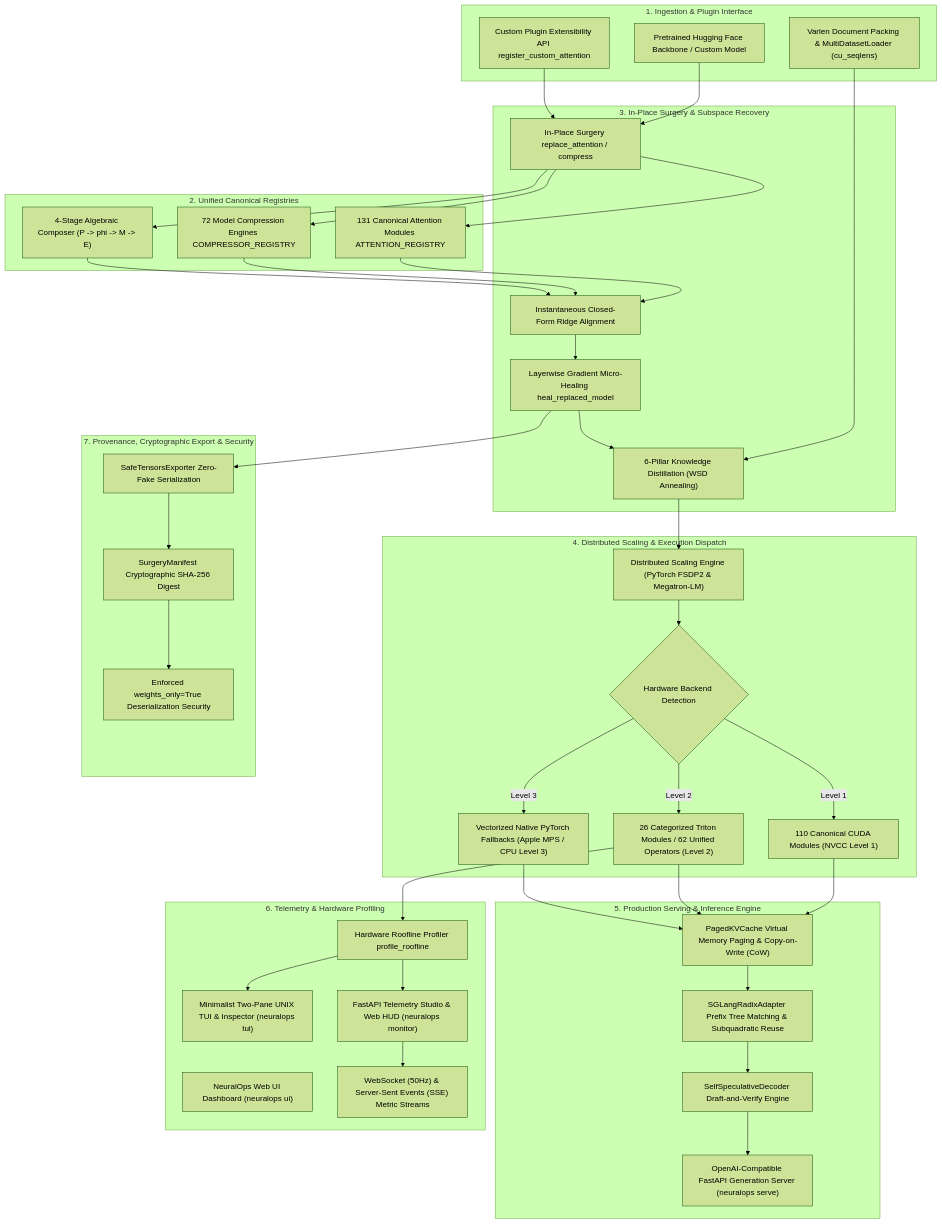
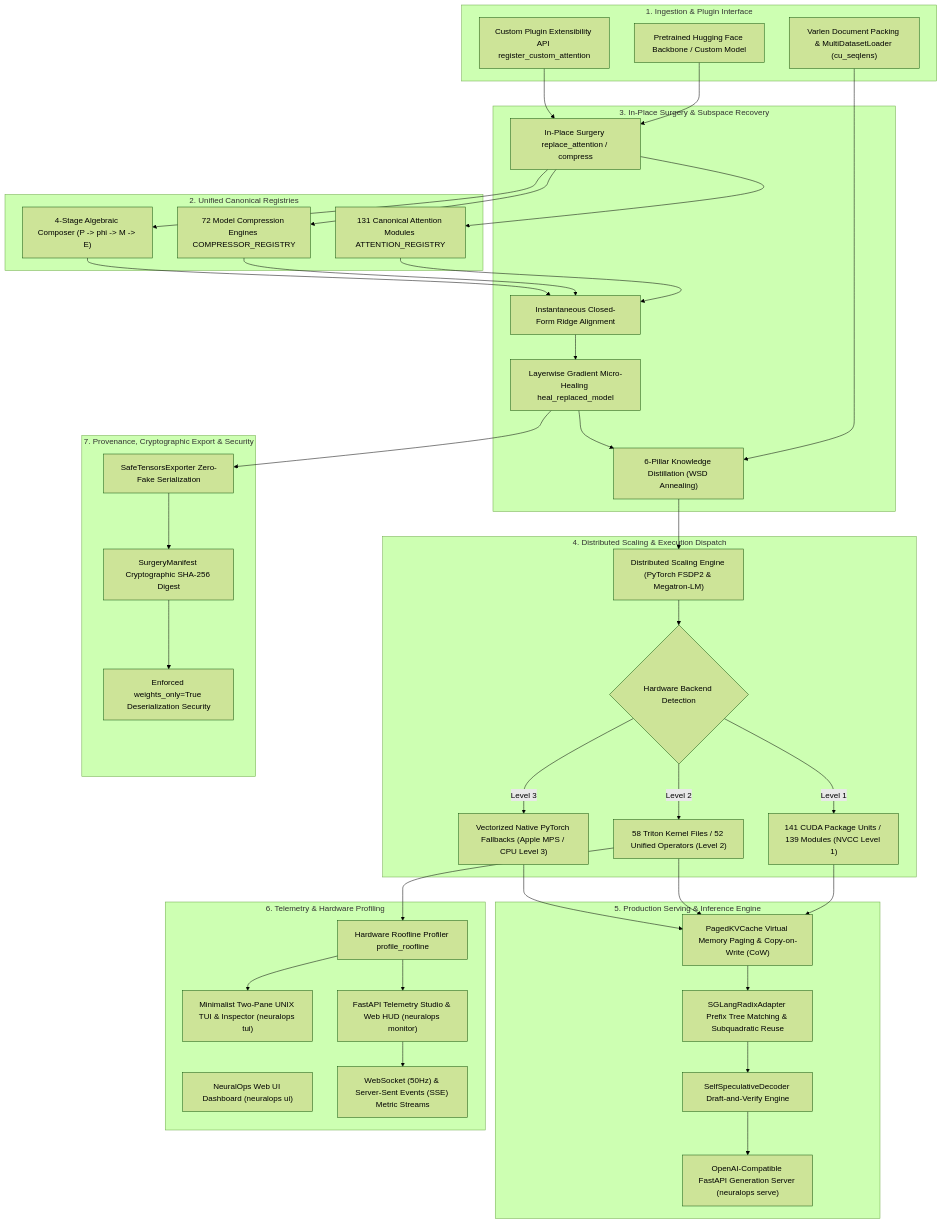
Before and after one commit to tahamajs/NeuralOps: the fourth of 5 diagrams in README.md, drawn with Mermaid (forest theme). The commit also changed other lines of this file, not shown here.

````diff
--- a/README.md
+++ b/README.md
@@ -1435,80 +1435,80 @@
 ```mermaid
 flowchart TD
     subgraph Layer1 ["1. Ingestion & Plugin Interface"]
         HF["Pretrained Hugging Face Backbone / Custom Model"]
         Ext["Custom Plugin Extensibility API register_custom_attention"]
         DataPack["Varlen Document Packing & MultiDatasetLoader (cu_seqlens)"]
     end
 
     subgraph Layer2 ["2. Unified Canonical Registries"]
         AttnZoo["131 Canonical Attention Modules ATTENTION_REGISTRY"]
         CompEngines["72 Model Compression Engines COMPRESSOR_REGISTRY"]
         Composer["4-Stage Algebraic Composer (P -> phi -> M -> E)"]
     end
 
     subgraph Layer3 ["3. In-Place Surgery & Subspace Recovery"]
         Surgery["In-Place Surgery replace_attention / compress"]
         Ridge["Instantaneous Closed-Form Ridge Alignment"]
         MicroHeal["Layerwise Gradient Micro-Healing heal_replaced_model"]
         Mohawk["6-Pillar Knowledge Distillation (WSD Annealing)"]
     end
 
     subgraph Layer4 ["4. Distributed Scaling & Execution Dispatch"]
         DistEngine["Distributed Scaling Engine (PyTorch FSDP2 & Megatron-LM)"]
         BackendCheck{"Hardware Backend Detection"}
-        CUDACPP["110 Canonical CUDA Modules (NVCC Level 1)"]
-        Triton["26 Categorized Triton Modules / 62 Unified Operators (Level 2)"]
+        CUDACPP["141 CUDA Package Units / 139 Modules (NVCC Level 1)"]
+        Triton["58 Triton Kernel Files / 52 Unified Operators (Level 2)"]
         Fallback["Vectorized Native PyTorch Fallbacks (Apple MPS / CPU Level 3)"]
     end
 
     subgraph Layer5 ["5. Production Serving & Inference Engine"]
         PagedCache["PagedKVCache Virtual Memory Paging & Copy-on-Write (CoW)"]
         RadixTrie["SGLangRadixAdapter Prefix Tree Matching & Subquadratic Reuse"]
         SpecDecode["SelfSpeculativeDecoder Draft-and-Verify Engine"]
         ServingFastAPI["OpenAI-Compatible FastAPI Generation Server (neuralops serve)"]
     end
 
     subgraph Layer6 ["6. Telemetry & Hardware Profiling"]
         Roofline["Hardware Roofline Profiler profile_roofline"]
         TUI["Minimalist Two-Pane UNIX TUI & Inspector (neuralops tui)"]
         WebUI["NeuralOps Web UI Dashboard (neuralops ui)"]
         WebStudio["FastAPI Telemetry Studio & Web HUD (neuralops monitor)"]
         SSEStream["WebSocket (50Hz) & Server-Sent Events (SSE) Metric Streams"]
     end
 
     subgraph Layer7 ["7. Provenance, Cryptographic Export & Security"]
         SafeExport["SafeTensorsExporter Zero-Fake Serialization"]
         CryptoAudit["SurgeryManifest Cryptographic SHA-256 Digest"]
         SafeDeserial["Enforced weights_only=True Deserialization Security"]
     end
 
     HF --> Surgery
     Ext --> Surgery
     DataPack --> Mohawk
     Surgery --> AttnZoo
     Surgery --> CompEngines
     Surgery --> Composer
     AttnZoo --> Ridge
     CompEngines --> Ridge
     Composer --> Ridge
     Ridge --> MicroHeal
     MicroHeal --> Mohawk
     Mohawk --> DistEngine
     DistEngine --> BackendCheck
     BackendCheck -- "Level 1" --> CUDACPP
     BackendCheck -- "Level 2" --> Triton
     BackendCheck -- "Level 3" --> Fallback
     CUDACPP --> PagedCache
     Triton --> PagedCache
     Fallback --> PagedCache
     PagedCache --> RadixTrie
     RadixTrie --> SpecDecode
     SpecDecode --> ServingFastAPI
     Triton --> Roofline
     Roofline --> TUI
     Roofline --> WebStudio
     WebStudio --> SSEStream
     MicroHeal --> SafeExport
     SafeExport --> CryptoAudit
     CryptoAudit --> SafeDeserial
 ```
````
